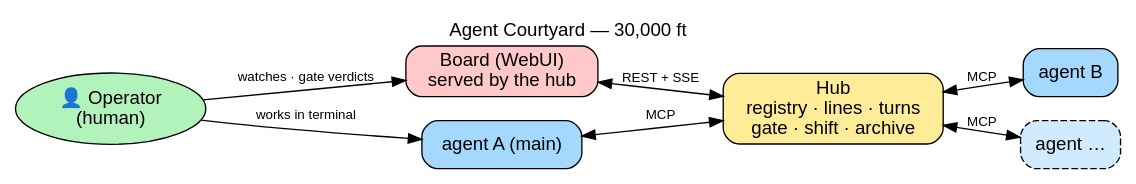
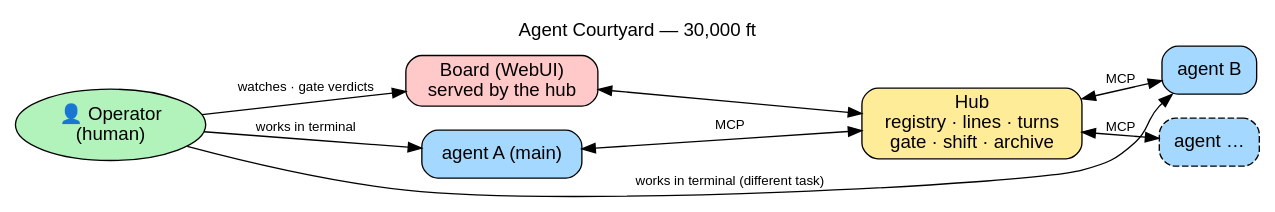
The diagram in docs/diagrams/courtyard-30k-view.dot (vkuusk/cbx-agent-courtyard), drawn with Graphviz before and after one commit. The commit also changed 5 other files, not shown here.

Commit message:
- update README round 3: why/solution/agent-teams comparison; getting started retoned, demo demoted; team design advice; quickstart+docs sweep; diagram: operator edge to agent B

```diff
--- a/docs/diagrams/courtyard-30k-view.dot
+++ b/docs/diagrams/courtyard-30k-view.dot
@@ -1,37 +1,41 @@
 // Agent Courtyard — 30,000 ft component view (discussion artifact).
 // Source of truth for the picture: courtyard-30k-view.excalidraw (edited on
 // excalidraw.com); this DOT mirrors its layout for graph-based discussion.
 // Render: dot -Tsvg courtyard-30k-view.dot -o rendered.svg
 //
 // Legend (drawn as caption text in the excalidraw/PNG version):
 //   each agent = a Claude Code session in its own terminal, in its own project directory.
 //   the hub = the only communication path between agents providing discovery
 //             and conversation supervision.
 digraph courtyard_30k {
     label="Agent Courtyard — 30,000 ft";
     labelloc=t;
     fontname="Helvetica";
     rankdir=LR;
     node [fontname="Helvetica", shape=box, style=rounded];
     edge [fontname="Helvetica", fontsize=10];
 
     // palette: green = the human · blue = agents · yellow = the hub · pink = the board
     // graphviz has no person/"user" shape; the emoji mirrors the excalidraw user icon
     operator [label="👤 Operator\n(human)", shape=ellipse, style=filled, fillcolor="#b2f2bb"];
     board    [label="Board (WebUI)\nserved by the hub", style="rounded,filled", fillcolor="#ffc9c9"];
     agent_a  [label="agent A (main)", style="rounded,filled", fillcolor="#a5d8ff"];
     hub      [label="Hub\nregistry · lines · turns\ngate · shift · archive",
               style="rounded,filled", fillcolor="#ffec99"];
     agent_b  [label="agent B", style="rounded,filled", fillcolor="#a5d8ff"];
-    agent_n  [label="agent …", style="rounded,dashed,filled", fillcolor="#d0ebff"];
+    agent_n  [label="agent …", style="rounded,dashed,filled", fillcolor="#a5d8ff"];
 
     // the spine: the operator's day-to-day path, left to right
     operator -> agent_a [label="works in terminal"];
     agent_a  -> hub     [dir=both, label="MCP"];
     hub      -> agent_b [dir=both, label="MCP"];
     hub      -> agent_n [dir=both, label="MCP"];
 
+    // the same operator works in any agent's terminal directly;
+    // in the excalidraw version this edge sweeps below the hub to agent B
+    operator -> agent_b [label="works in terminal (different task)", constraint=false];
+
     // the supervision layer, arched above the spine
     operator -> board   [label="watches · gate verdicts"];
-    board    -> hub     [dir=both, label="REST + SSE"];
+    board    -> hub     [dir=both];
 }
```
